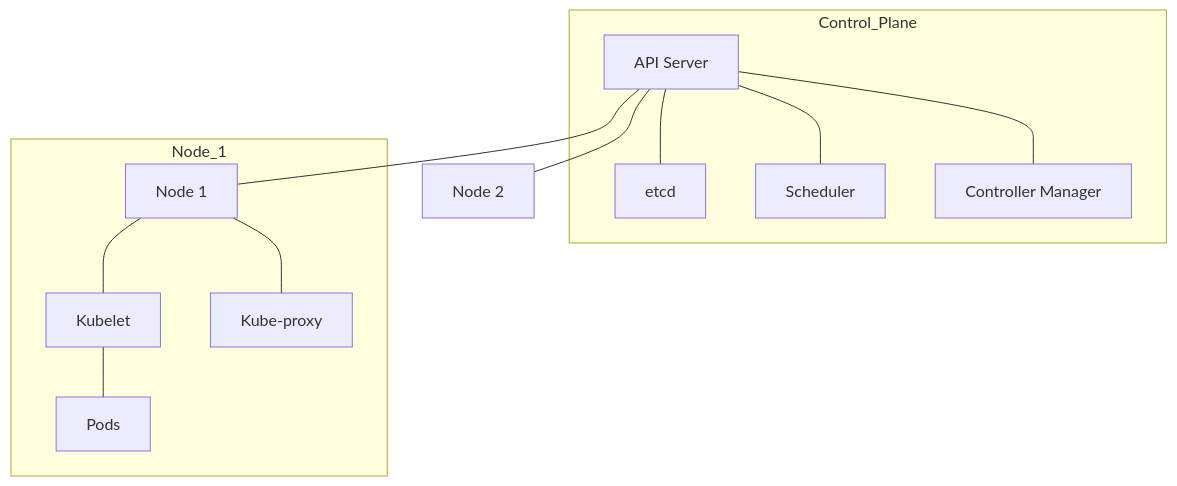
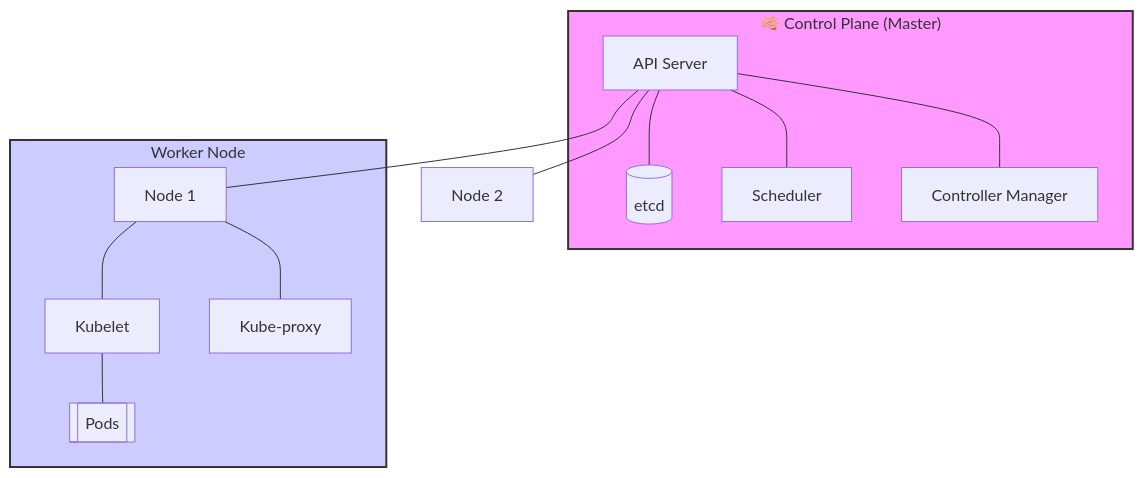
The first of 5 diagrams in kubernetes/README.md (kloudtechvizag/cloud-devops-interview-prep), drawn with Mermaid before and after one commit. The commit also changed other lines of this file and 20 other files, not shown here.

````diff
--- a/kubernetes/README.md
+++ b/kubernetes/README.md
@@ -19,15 +8,17 @@
 ```mermaid
 graph TD
-    subgraph Control_Plane
-        A[API Server] --- B[etcd]
+    subgraph Control_Plane["🧠 Control Plane (Master)"]
+        A[API Server] --- B[(etcd)]
         A --- C[Scheduler]
         A --- D[Controller Manager]
     end
     A --- E[Node 1]
     A --- F[Node 2]
-    subgraph Node_1
+    subgraph Node_1["Worker Node"]
         E --- G[Kubelet]
         E --- H[Kube-proxy]
-        G --- I[Pods]
+        G --- I[[Pods]]
     end
+    style Control_Plane fill:#f9f,stroke:#333,stroke-width:2px
+    style Node_1 fill:#ccf,stroke:#333,stroke-width:2px
 ```
````
